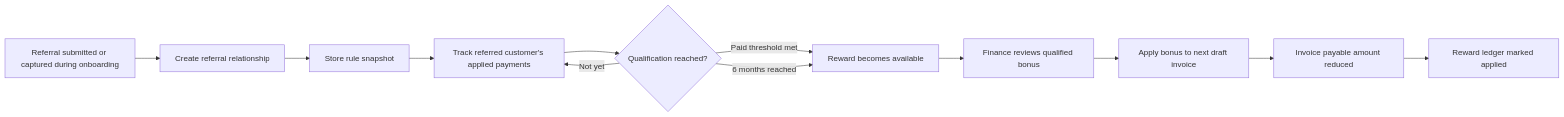
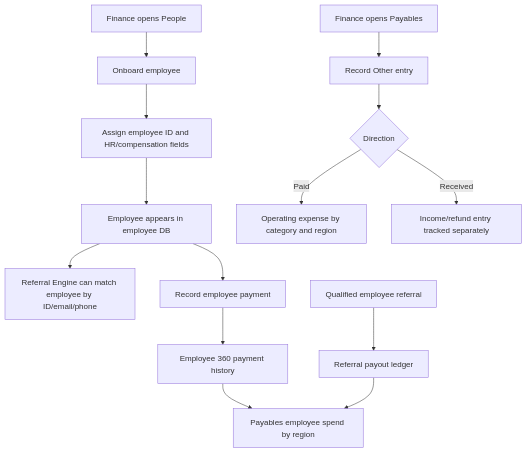
One commit to dlk710/setu-finance changed the seventh of 8 diagrams in docs/flow-diagrams.md. Above: the diagram before and after it, drawn with Mermaid. The commit also changed other lines of this file and 32 other files, not shown here.

````diff
--- a/docs/flow-diagrams.md
+++ b/docs/flow-diagrams.md
@@ -125,14 +162,16 @@
 ```mermaid
-flowchart LR
-    A["Referral submitted or captured during onboarding"] --> B["Create referral relationship"]
-    B --> C["Store rule snapshot"]
-    C --> D["Track referred customer's applied payments"]
-    D --> E{"Qualification reached?"}
-    E -->|"Paid threshold met"| F["Reward becomes available"]
-    E -->|"6 months reached"| F
-    E -->|"Not yet"| D
-    F --> G["Finance reviews qualified bonus"]
-    G --> H["Apply bonus to next draft invoice"]
-    H --> I["Invoice payable amount reduced"]
-    I --> J["Reward ledger marked applied"]
+flowchart TD
+    A["Finance opens People"] --> B["Onboard employee"]
+    B --> C["Assign employee ID and HR/compensation fields"]
+    C --> D["Employee appears in employee DB"]
+    D --> E["Referral Engine can match employee by ID/email/phone"]
+    D --> F["Record employee payment"]
+    F --> G["Employee 360 payment history"]
+    G --> H["Payables employee spend by region"]
+    I["Finance opens Payables"] --> J["Record Other entry"]
+    J --> K{"Direction"}
+    K -->|"Paid"| L["Operating expense by category and region"]
+    K -->|"Received"| M["Income/refund entry tracked separately"]
+    N["Qualified employee referral"] --> O["Referral payout ledger"]
+    O --> H
 ```
````
